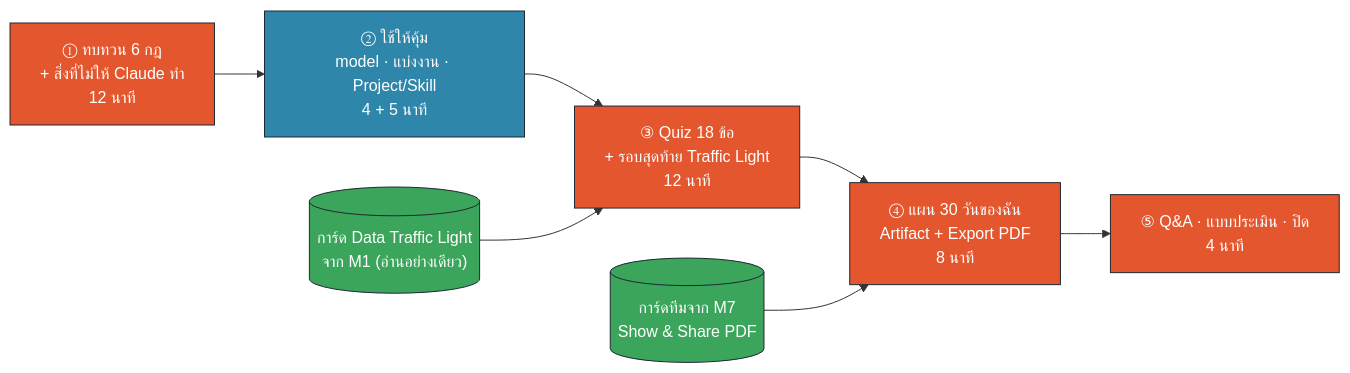
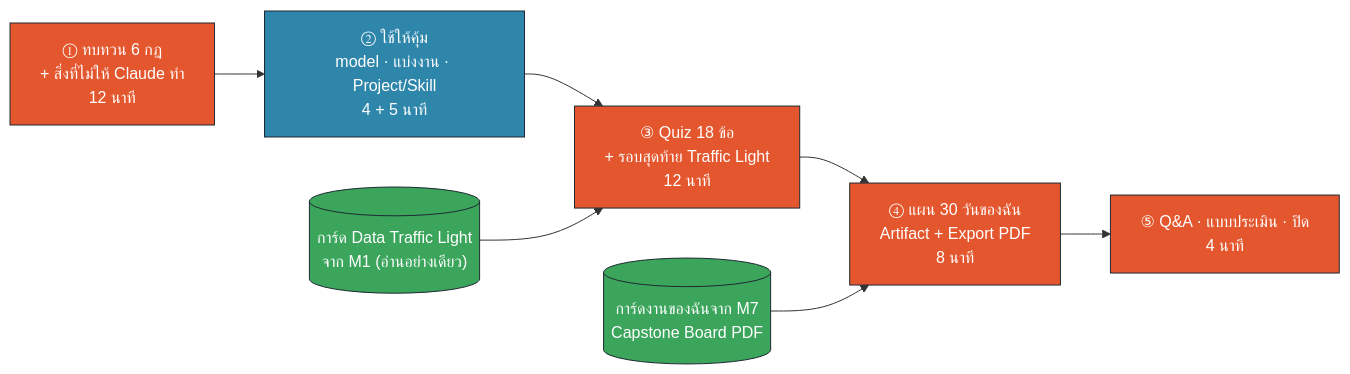
The diagram in materials/m8/diagrams/m8-flow.mmd (batprem/banpu-claude-course), drawn with Mermaid before and after one commit. The commit also changed 50 other files, not shown here.

```diff
--- a/materials/m8/diagrams/m8-flow.mmd
+++ b/materials/m8/diagrams/m8-flow.mmd
@@ -1,11 +1,11 @@
 %% M8 · 45 นาทีสุดท้าย: ทบทวน → ใช้ให้คุ้ม → Quiz → แผน 30 วัน → ปิด
 flowchart LR
     R["① ทบทวน 6 กฎ<br/>+ สิ่งที่ไม่ให้ Claude ทำ<br/>12 นาที"]:::human --> U["② ใช้ให้คุ้ม<br/>model · แบ่งงาน · Project/Skill<br/>4 + 5 นาที"]:::ai
     U --> Q["③ Quiz 18 ข้อ<br/>+ รอบสุดท้าย Traffic Light<br/>12 นาที"]:::human
     C[("การ์ด Data Traffic Light<br/>จาก M1 (อ่านอย่างเดียว)")]:::data --> Q
     Q --> P["④ แผน 30 วันของฉัน<br/>Artifact + Export PDF<br/>8 นาที"]:::human
-    M7[("การ์ดทีมจาก M7<br/>Show & Share PDF")]:::data --> P
+    M7[("การ์ดงานของฉันจาก M7<br/>Capstone Board PDF")]:::data --> P
     P --> E["⑤ Q&A · แบบประเมิน · ปิด<br/>4 นาที"]:::human
     classDef human fill:#E4572E,color:#fff,stroke:#1F2933;
     classDef ai fill:#2E86AB,color:#fff,stroke:#1F2933;
     classDef data fill:#3BA55C,color:#fff,stroke:#1F2933;
```
